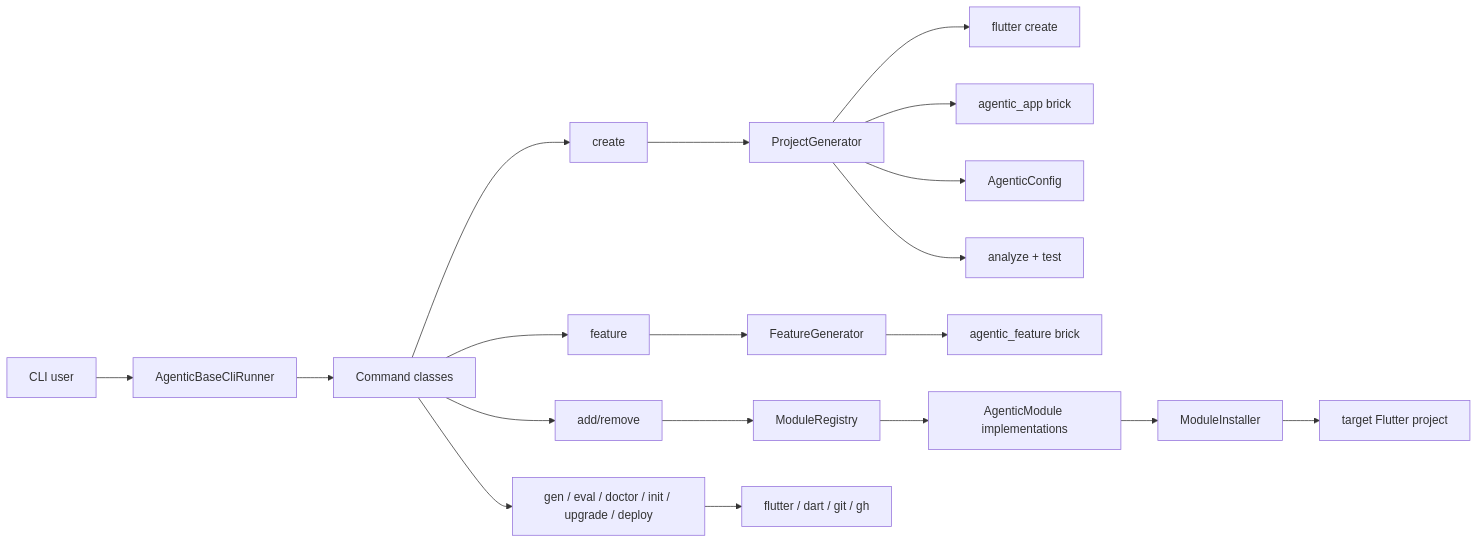
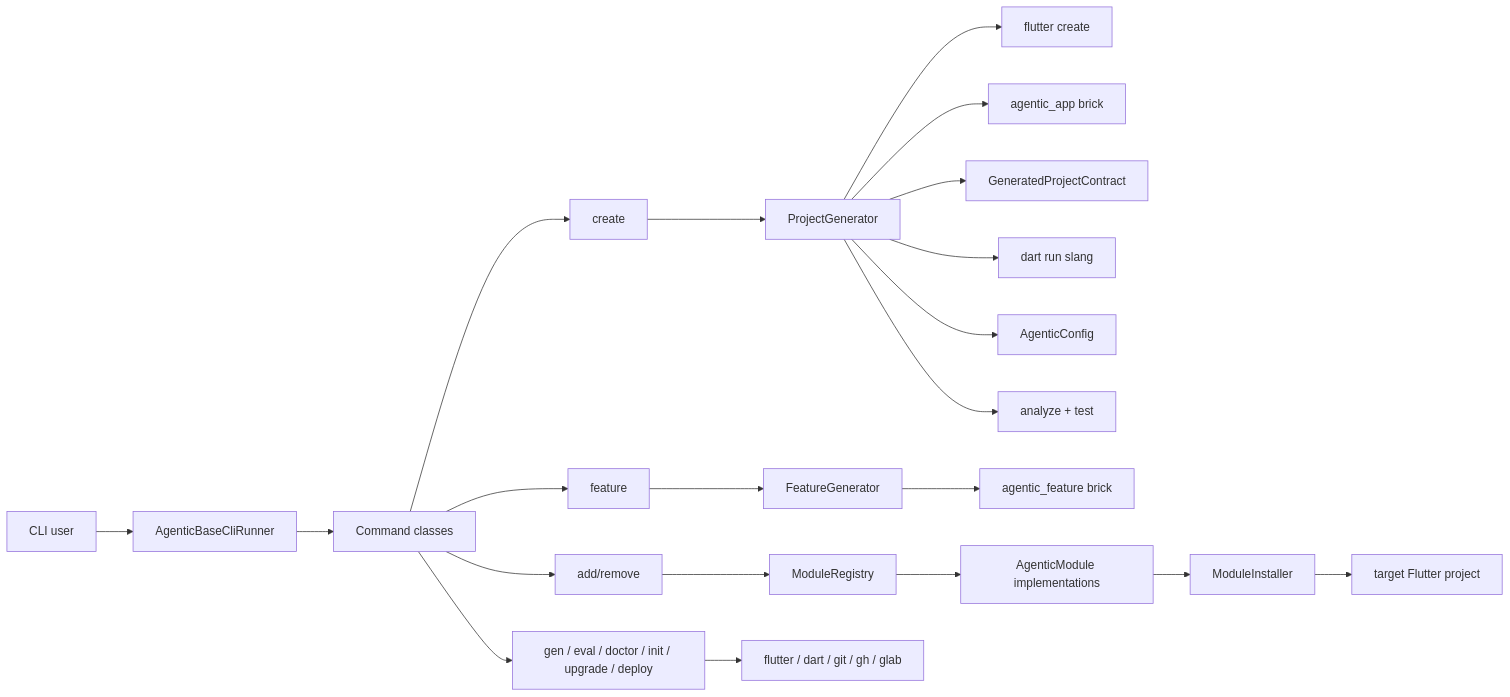
Before and after one commit to biendo27/agentic_base: the diagram in docs/04-system-architecture.md, drawn with Mermaid. The commit also changed other lines of this file and 13 other files, not shown here.

````diff
--- a/docs/04-system-architecture.md
+++ b/docs/04-system-architecture.md
@@ -7,26 +7,28 @@
 ```mermaid
 flowchart LR
   User["CLI user"] --> Runner["AgenticBaseCliRunner"]
   Runner --> Commands["Command classes"]
 
   Commands --> Create["create"]
   Commands --> Feature["feature"]
   Commands --> Modules["add/remove"]
   Commands --> Ops["gen / eval / doctor / init / upgrade / deploy"]
 
   Create --> ProjectGenerator["ProjectGenerator"]
   ProjectGenerator --> FlutterCreate["flutter create"]
   ProjectGenerator --> AppBrick["agentic_app brick"]
+  ProjectGenerator --> Contract["GeneratedProjectContract"]
+  ProjectGenerator --> Slang["dart run slang"]
   ProjectGenerator --> Config["AgenticConfig"]
   ProjectGenerator --> Verify["analyze + test"]
 
   Feature --> FeatureGenerator["FeatureGenerator"]
   FeatureGenerator --> FeatureBrick["agentic_feature brick"]
 
   Modules --> Registry["ModuleRegistry"]
   Registry --> ModuleImpl["AgenticModule implementations"]
   ModuleImpl --> Installer["ModuleInstaller"]
   Installer --> Target["target Flutter project"]
 
-  Ops --> Tooling["flutter / dart / git / gh"]
+  Ops --> Tooling["flutter / dart / git / gh / glab"]
 ```
````
